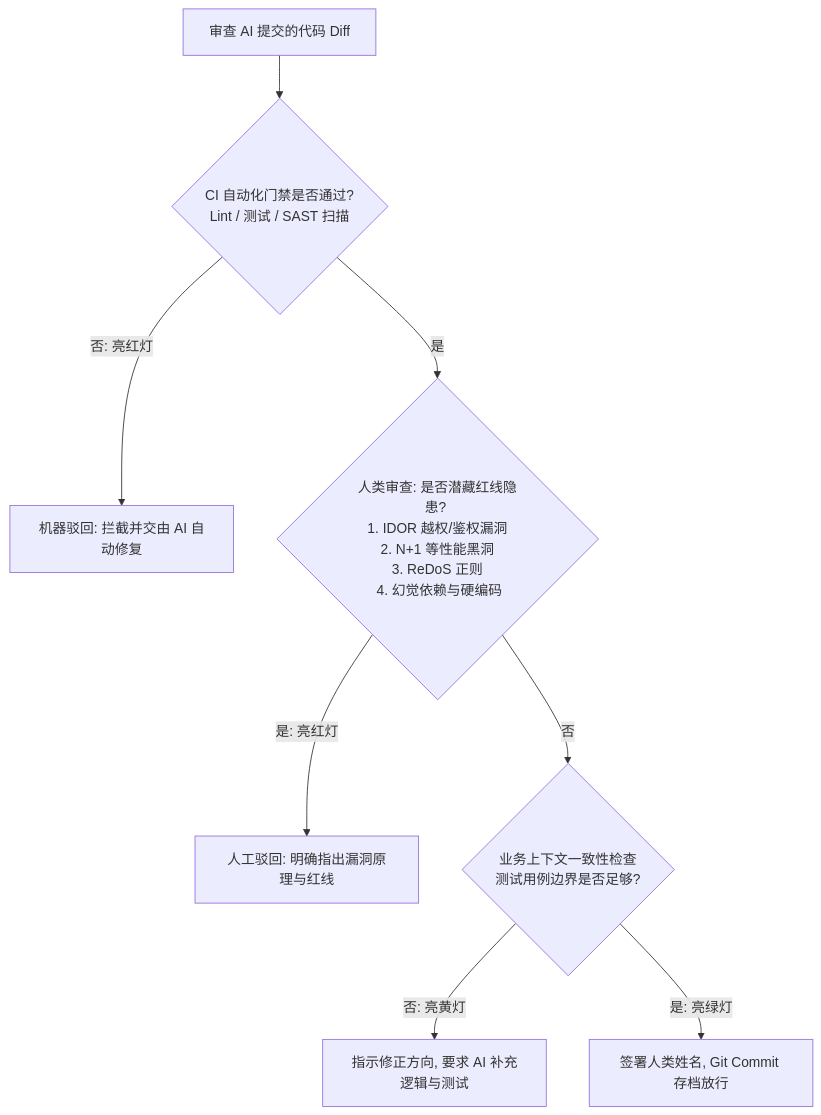
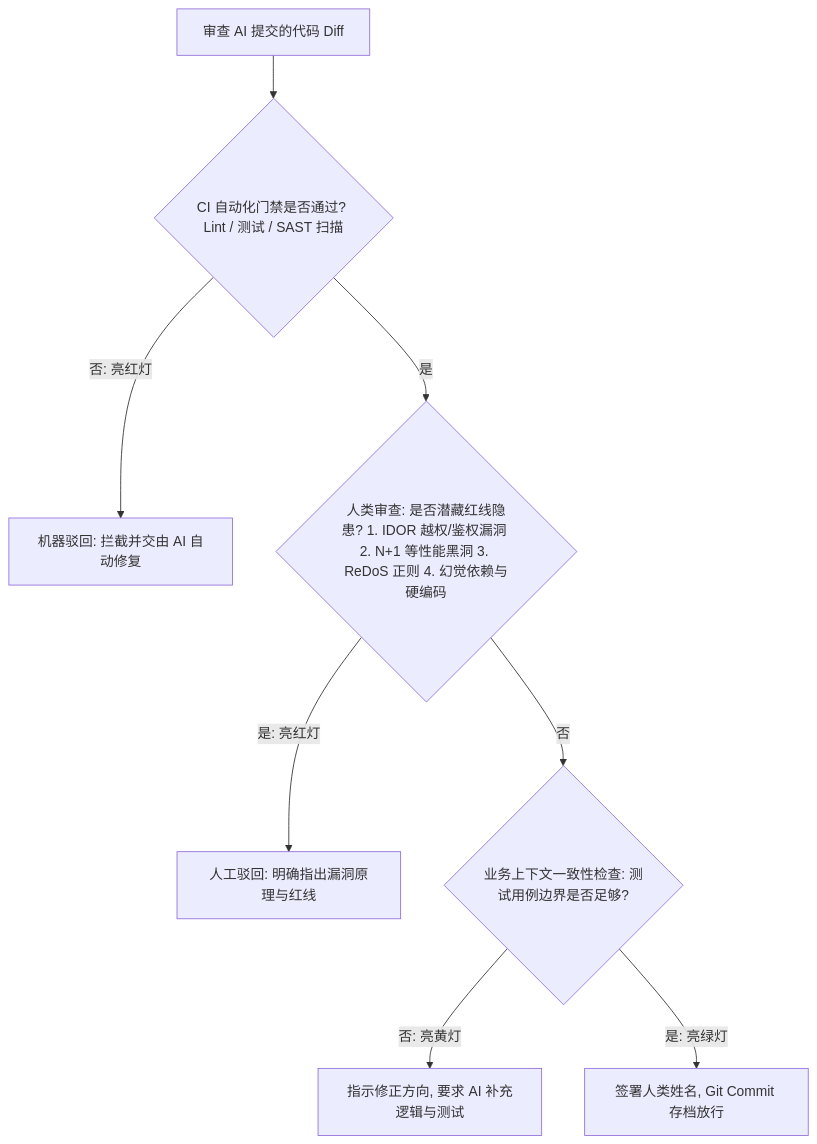
One commit to ruanqizhen/cocode changed the diagram in docs/critical_thinking.md. Above: the diagram before and after it, drawn with Mermaid. The commit also changed 17 other files, not shown here.

````diff
--- a/docs/critical_thinking.md
+++ b/docs/critical_thinking.md
@@ -231,12 +231,12 @@
 ```mermaid
 graph TD
-    Diff[审查 AI 提交的代码 Diff] --> Compiles{CI 自动化门禁是否通过? <br> Lint / 测试 / SAST 扫描}
-    Compiles -- 否: 亮红灯 --> Reject[机器驳回: 拦截并交由 AI 自动修复]
-    Compiles -- 是 --> RedLines{人类审查: 是否潜藏红线隐患? <br> 1. IDOR 越权/鉴权漏洞 <br> 2. N+1 等性能黑洞 <br> 3. ReDoS 正则 <br> 4. 幻觉依赖与硬编码}
+    Diff["审查 AI 提交的代码 Diff"] --> Compiles{"CI 自动化门禁是否通过? Lint / 测试 / SAST 扫描"}
+    Compiles -- 否: 亮红灯 --> Reject["机器驳回: 拦截并交由 AI 自动修复"]
+    Compiles -- 是 --> RedLines{"人类审查: 是否潜藏红线隐患? 1. IDOR 越权/鉴权漏洞 2. N+1 等性能黑洞 3. ReDoS 正则 4. 幻觉依赖与硬编码"}
     
-    RedLines -- 是: 亮红灯 --> RejectHuman[人工驳回: 明确指出漏洞原理与红线]
-    RedLines -- 否 --> Business{业务上下文一致性检查 <br> 测试用例边界是否足够?}
+    RedLines -- 是: 亮红灯 --> RejectHuman["人工驳回: 明确指出漏洞原理与红线"]
+    RedLines -- 否 --> Business{"业务上下文一致性检查: 测试用例边界是否足够?"}
     
-    Business -- 否: 亮黄灯 --> Rewrite[指示修正方向, 要求 AI 补充逻辑与测试]
-    Business -- 是: 亮绿灯 --> Accept[签署人类姓名, Git Commit 存档放行]
+    Business -- 否: 亮黄灯 --> Rewrite["指示修正方向, 要求 AI 补充逻辑与测试"]
+    Business -- 是: 亮绿灯 --> Accept["签署人类姓名, Git Commit 存档放行"]
 ```
````
